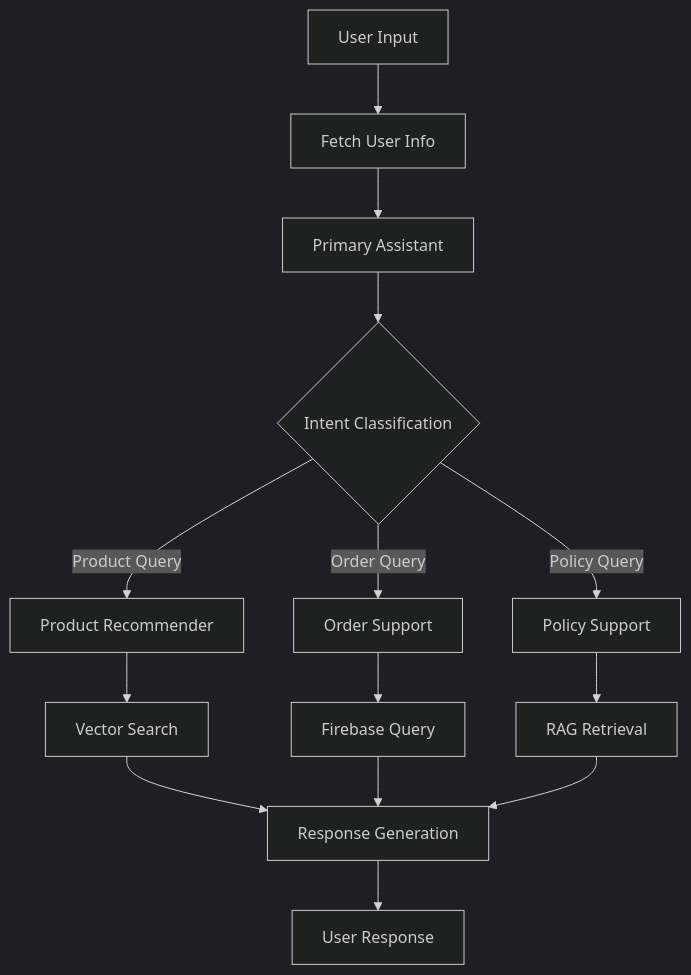
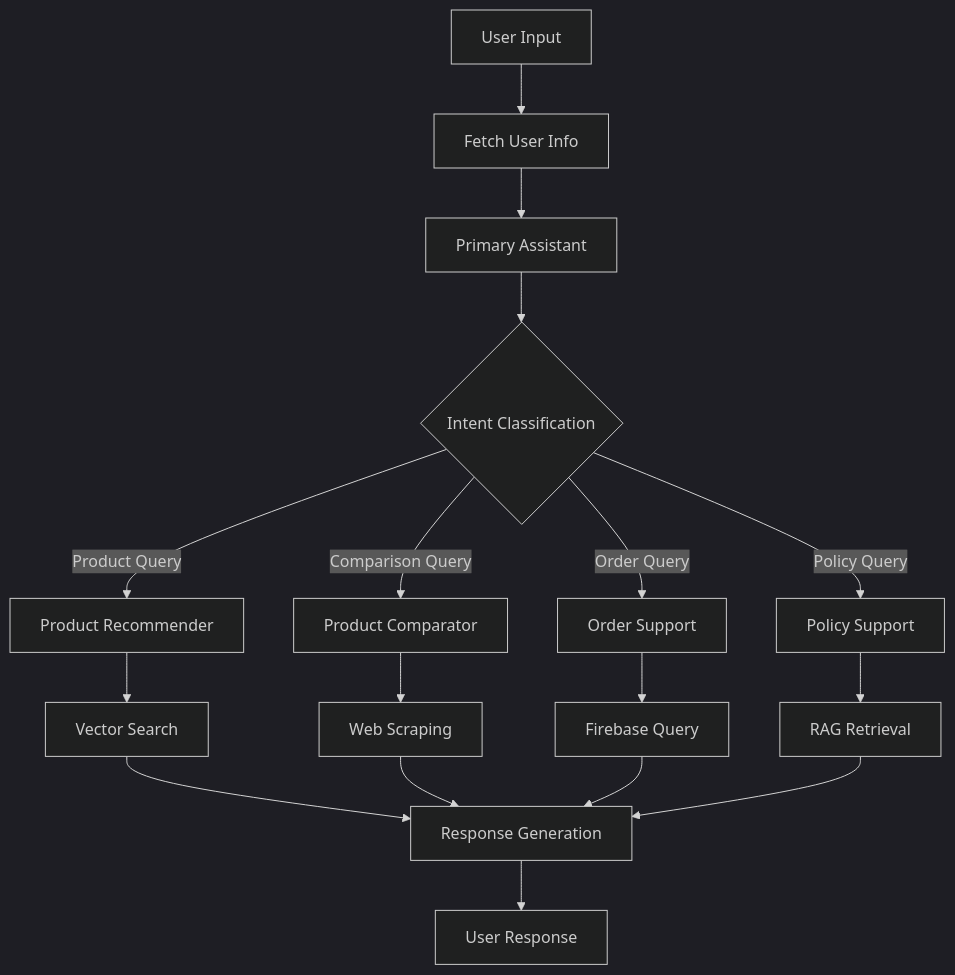
One commit to Sureshkannan0919/Multi-agent-customer-support-system-Langgraph changed the diagram in README.md. Above: the diagram before and after it, drawn with Mermaid (dark theme). The commit also changed other lines of this file and 20 other files, not shown here.

````diff
--- a/README.md
+++ b/README.md
@@ -110,16 +138,19 @@
 ```mermaid
 graph TD
     A[User Input] --> B[Fetch User Info]
     B --> C[Primary Assistant]
     C --> D{Intent Classification}
     D -->|Product Query| E[Product Recommender]
-    D -->|Order Query| F[Order Support]
-    D -->|Policy Query| G[Policy Support]
-    E --> H[Vector Search]
-    F --> I[Firebase Query]
-    G --> J[RAG Retrieval]
-    H --> K[Response Generation]
-    I --> K
-    J --> K
-    K --> L[User Response]
+    D -->|Comparison Query| F[Product Comparator]
+    D -->|Order Query| G[Order Support]
+    D -->|Policy Query| H[Policy Support]
+    E --> I[Vector Search]
+    F --> J[Web Scraping]
+    G --> K[Firebase Query]
+    H --> L[RAG Retrieval]
+    I --> M[Response Generation]
+    J --> M
+    K --> M
+    L --> M
+    M --> N[User Response]
 ```
````
